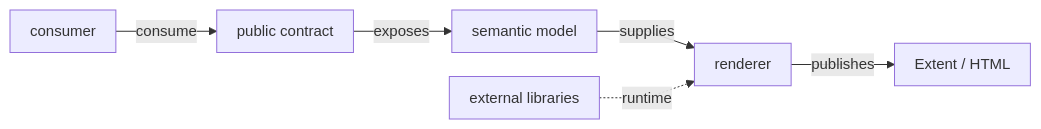
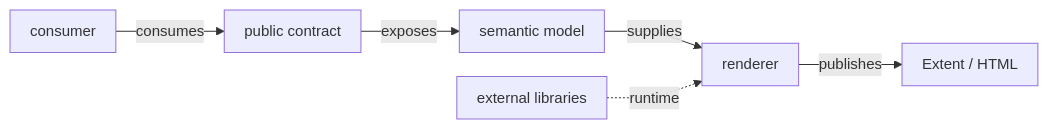
One commit to crististefanita/atf_j0 changed the first of 18 diagrams in atf-reporting/README.md. Above: the diagram before and after it, drawn with Mermaid. The commit also changed other lines of this file and 13 other files, not shown here.

````diff
--- a/atf-reporting/README.md
+++ b/atf-reporting/README.md
@@ -124,9 +124,9 @@
 ```mermaid
 %%{init: {"themeVariables":{"fontSize":"15px"},"themeCSS":".nodeLabel, .nodeLabel p { font-size: 15px !important; line-height: 1.35 !important; } .edgeLabel, .edgeLabel p { font-size: 12px !important; font-weight: 400 !important; line-height: 1.2 !important; } .edgeLabel .labelBkg, .edgeLabel p { background: transparent !important; } .edgeLabel foreignObject { transform: translateY(-18px); overflow: visible; } .node rect { rx: 6px; ry: 6px; }","flowchart":{"curve":"linear","nodeSpacing":24,"rankSpacing":40,"padding":10,"diagramPadding":16}}}%%
 flowchart LR
-    Consumer[consumer] -->|consume| Contract[public contract]
+    Consumer[consumer] -->|consumes| Contract[public contract]
     Contract -->|exposes| Model[semantic model]
     Model -->|supplies| Renderer[renderer]
     Renderer -->|publishes| Artifact[Extent / HTML]
     Vendor[external libraries] -. runtime .-> Renderer
 ```
````
